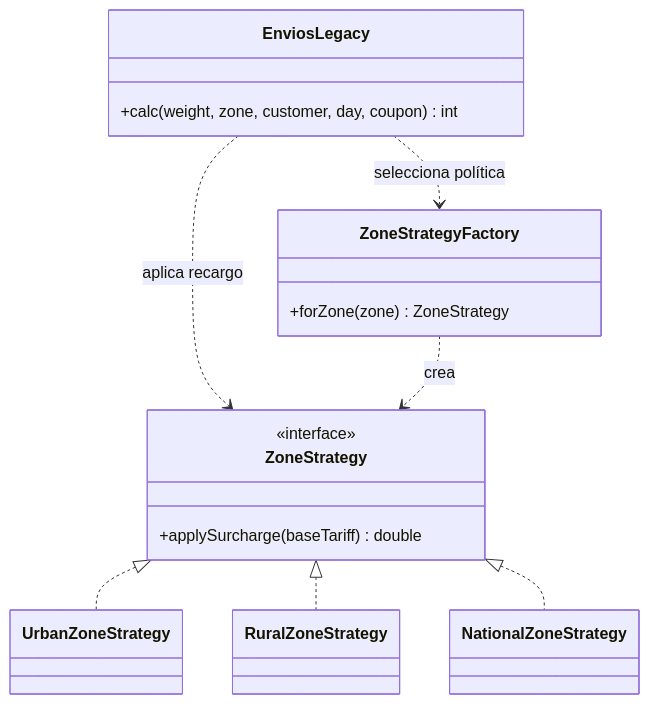
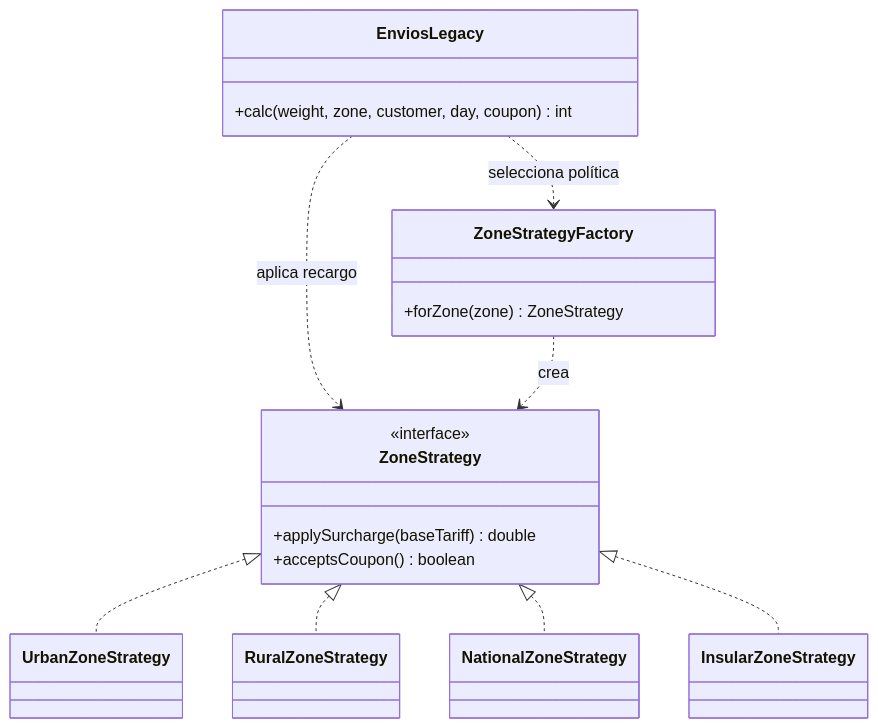
One commit to EduardoDiazGranados38/EnviaYa changed the second of 2 diagrams in docs/avance-parcial.md. Above: the diagram before and after it, drawn with Mermaid. The commit also changed other lines of this file and 20 other files, not shown here.

Commit message:
feat: add insular shipping zone CR-00

````diff
--- a/docs/avance-parcial.md
+++ b/docs/avance-parcial.md
@@ -646,22 +647,25 @@
 ```mermaid
 classDiagram
     class EnviosLegacy {
         +calc(weight, zone, customer, day, coupon) int
     }
     class ZoneStrategyFactory {
         +forZone(zone) ZoneStrategy
     }
     class ZoneStrategy {
         <<interface>>
         +applySurcharge(baseTariff) double
+        +acceptsCoupon() boolean
     }
     class UrbanZoneStrategy
     class RuralZoneStrategy
     class NationalZoneStrategy
+    class InsularZoneStrategy
     EnviosLegacy ..> ZoneStrategyFactory : selecciona política
     EnviosLegacy ..> ZoneStrategy : aplica recargo
     ZoneStrategyFactory ..> ZoneStrategy : crea
     ZoneStrategy <|.. UrbanZoneStrategy
     ZoneStrategy <|.. RuralZoneStrategy
     ZoneStrategy <|.. NationalZoneStrategy
+    ZoneStrategy <|.. InsularZoneStrategy
 ```
````
